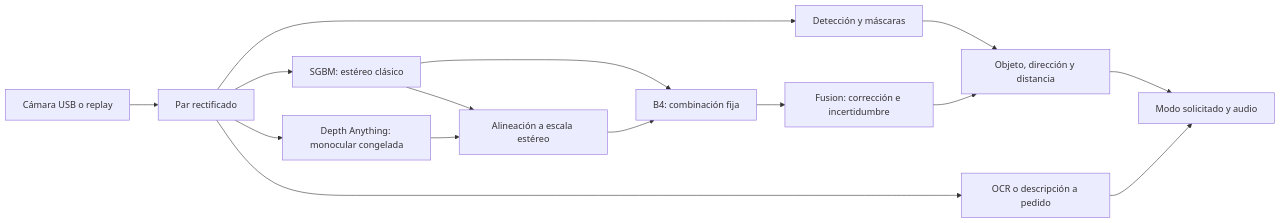
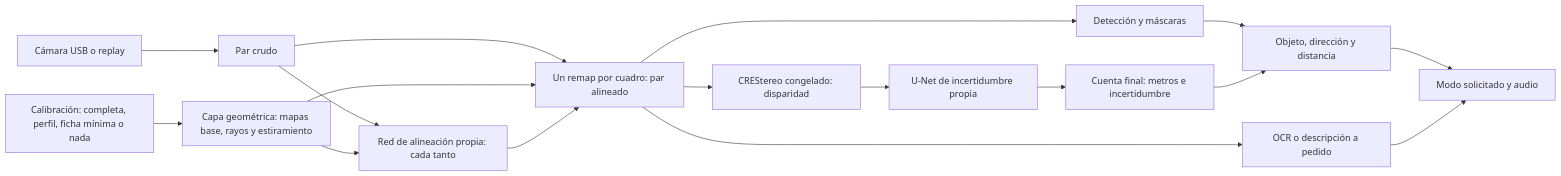
Before and after one commit to BautyGarcia/VisionX: the diagram in docs/ROADMAP.md, drawn with Mermaid. The commit also changed other lines of this file and 3 other files, not shown here.

````diff
--- a/docs/ROADMAP.md
+++ b/docs/ROADMAP.md
@@ -72,17 +92,19 @@
 ```mermaid
 flowchart LR
-    C[Cámara USB o replay] --> R[Par rectificado]
-    R --> S[SGBM: estéreo clásico]
-    R --> M[Depth Anything: monocular congelada]
-    S --> A[Alineación a escala estéreo]
-    M --> A
-    S --> B[B4: combinación fija]
-    A --> B
-    B --> F[Fusion: corrección e incertidumbre]
+    C[Cámara USB o replay] --> X[Par crudo]
+    K[Calibración: completa, perfil, ficha mínima o nada] --> G[Capa geométrica: mapas base, rayos y estiramiento]
+    X --> N[Red de alineación propia: cada tanto]
+    G --> N
+    X --> R[Un remap por cuadro: par alineado]
+    G --> R
+    N --> R
+    R --> E[CREStereo congelado: disparidad]
+    E --> U[U-Net de incertidumbre propia]
+    U --> Z[Cuenta final: metros e incertidumbre]
     R --> D[Detección y máscaras]
     D --> P[Objeto, dirección y distancia]
-    F --> P
+    Z --> P
     P --> O[Modo solicitado y audio]
     R --> L[OCR o descripción a pedido]
     L --> O
 ```
````
